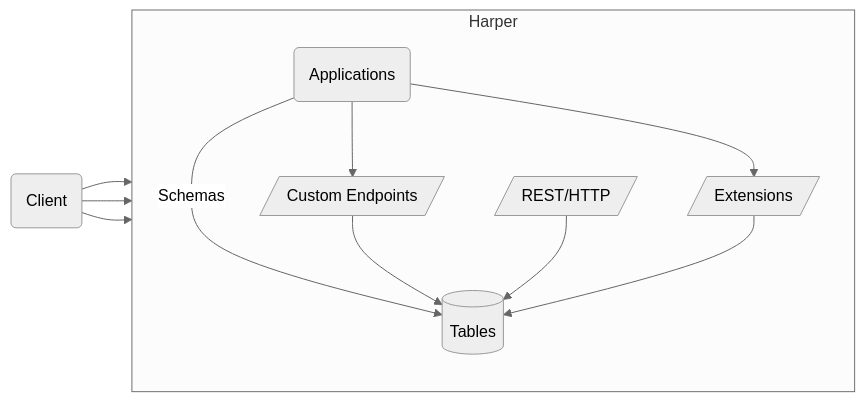
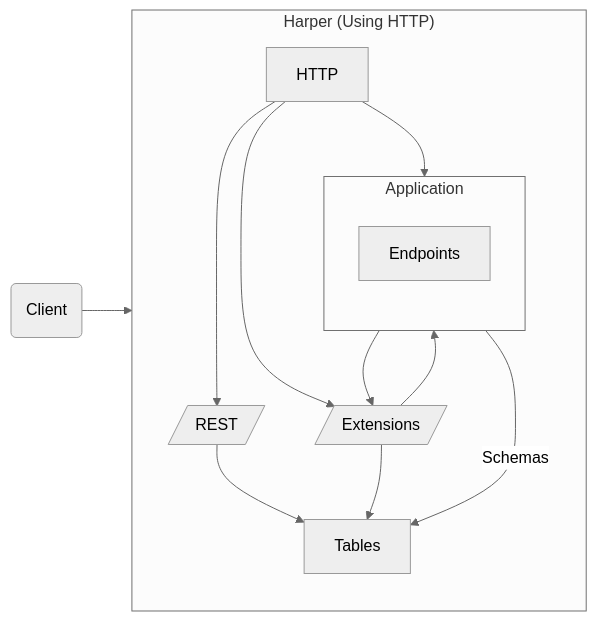
One commit to HarperDB/documentation changed the diagram in docs/developers/applications/README.md. Above: the diagram before and after it, drawn with Mermaid (neutral theme). The commit also changed other lines of this file, not shown here.

Commit message:
Making updated to the Application documentation

````diff
--- a/docs/developers/applications/README.md
+++ b/docs/developers/applications/README.md
@@ -15,15 +15,18 @@
 ```mermaid
 flowchart LR
-	Client(Client)-->Endpoints
-	Client(Client)-->HTTP
-	Client(Client)-->Extensions
-	subgraph Harper
-	direction TB
-	Applications(Applications)-- "Schemas" --> Tables[(Tables)]
-	Applications-->Endpoints[/Custom Endpoints/]
-	Applications-->Extensions
-	Endpoints-->Tables
-	HTTP[/REST/HTTP/]-->Tables
-	Extensions[/Extensions/]-->Tables
-	end
+    Client(Client)-->HTTP
+    subgraph "Harper (Using HTTP)"
+      direction TB
+      HTTP-->Extensions
+      HTTP-->Endpoints
+      HTTP-->REST
+      REST[/REST/]-->Tables
+      Extensions[/Extensions/]-->Tables
+      subgraph Application
+         direction TB
+         Endpoints
+      end
+      Application -- "Schemas" --> Tables
+      Application --> Extensions --> Application
+    end
 ```
````
